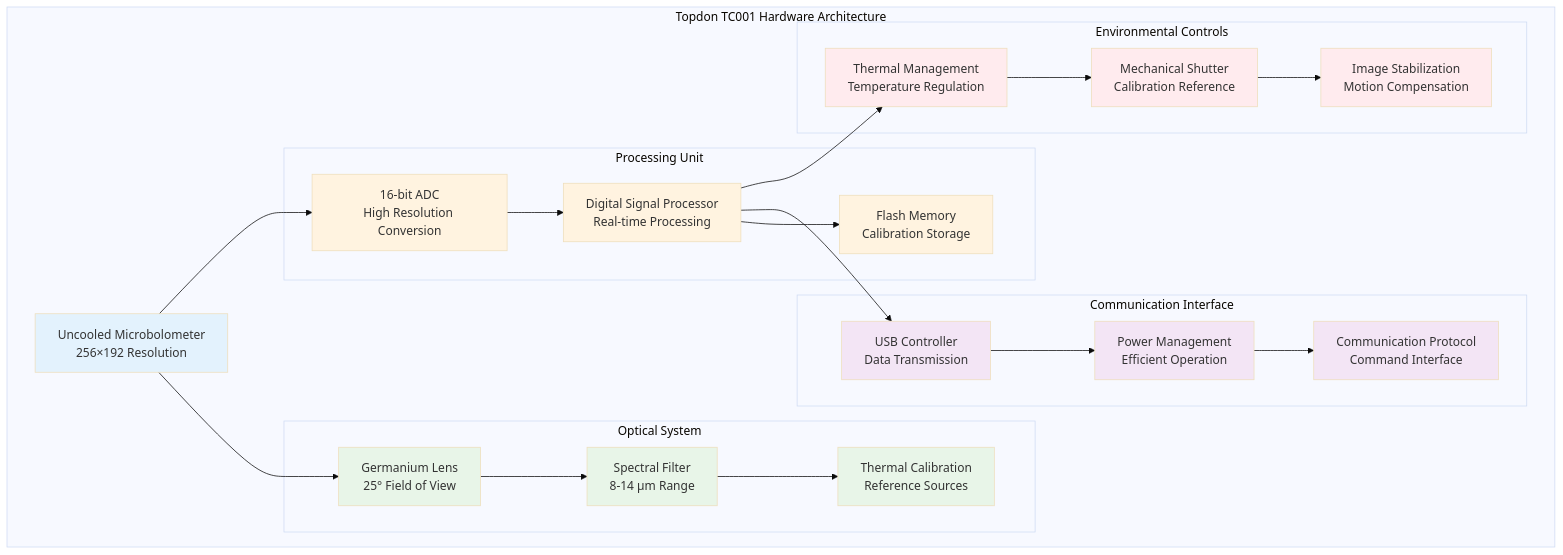
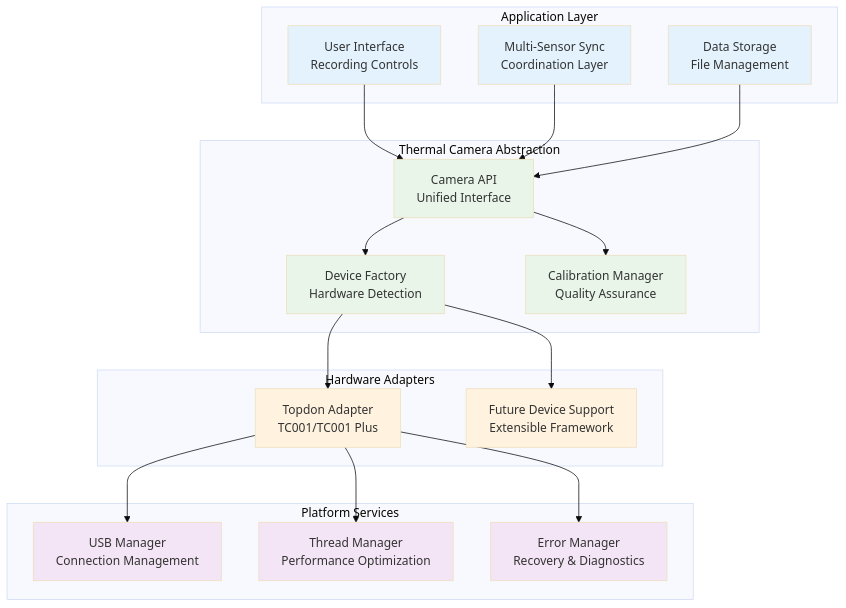
Before and after one commit to buccancs/fyp-multi-sensor-recording-system: the first of 2 diagrams in docs/technical/thermal-camera-integration.md, drawn with Mermaid (base theme). The commit also changed other lines of this file and 3 other files, not shown here.

````diff
--- a/docs/technical/thermal-camera-integration.md
+++ b/docs/technical/thermal-camera-integration.md
@@ -57,58 +47,49 @@
 ```mermaid
-graph TD
-    subgraph "Topdon TC001 Hardware Architecture"
-        SENSOR[Uncooled Microbolometer<br/>256×192 Resolution]
-        
-        subgraph "Optical System"
-            LENS[Germanium Lens<br/>25° Field of View]
-            FILTER[Spectral Filter<br/>8-14 μm Range]
-            CALIBRATION[Thermal Calibration<br/>Reference Sources]
-        end
-        
-        subgraph "Processing Unit"
-            ADC[16-bit ADC<br/>High Resolution Conversion]
-            DSP[Digital Signal Processor<br/>Real-time Processing]
-            MEMORY[Flash Memory<br/>Calibration Storage]
-        end
-        
-        subgraph "Communication Interface"
-            USB_CONTROLLER[USB Controller<br/>Data Transmission]
-            POWER_MGMT[Power Management<br/>Efficient Operation]
-            PROTOCOL[Communication Protocol<br/>Command Interface]
-        end
-        
-        subgraph "Environmental Controls"
-            THERMAL_MGMT[Thermal Management<br/>Temperature Regulation]
-            SHUTTER[Mechanical Shutter<br/>Calibration Reference]
-            STABILIZATION[Image Stabilization<br/>Motion Compensation]
-        end
+graph TB
+    subgraph "Application Layer"
+        UI[User Interface<br/>Recording Controls]
+        SYNC[Multi-Sensor Sync<br/>Coordination Layer]
+        STORAGE[Data Storage<br/>File Management]
     end
     
-    SENSOR --> LENS
-    LENS --> FILTER
-    FILTER --> CALIBRATION
+    subgraph "Thermal Camera Abstraction"
+        CAMERA_API[Camera API<br/>Unified Interface]
+        DEVICE_FACTORY[Device Factory<br/>Hardware Detection]
+        CALIBRATION[Calibration Manager<br/>Quality Assurance]
+    end
     
-    SENSOR --> ADC
-    ADC --> DSP
-    DSP --> MEMORY
+    subgraph "Hardware Adapters"
+        TOPDON[Topdon Adapter<br/>TC001/TC001 Plus]
+        FUTURE[Future Device Support<br/>Extensible Framework]
+    end
     
-    DSP --> USB_CONTROLLER
-    USB_CONTROLLER --> POWER_MGMT
-    POWER_MGMT --> PROTOCOL
+    subgraph "Platform Services"
+        USB_MGR[USB Manager<br/>Connection Management]
+        THREAD_MGR[Thread Manager<br/>Performance Optimization]
+        ERROR_MGR[Error Manager<br/>Recovery & Diagnostics]
+    end
     
-    DSP --> THERMAL_MGMT
-    THERMAL_MGMT --> SHUTTER
-    SHUTTER --> STABILIZATION
+    UI --> CAMERA_API
+    SYNC --> CAMERA_API
+    STORAGE --> CAMERA_API
     
-    classDef sensorClass fill:#e3f2fd
-    classDef opticalClass fill:#e8f5e8
-    classDef processingClass fill:#fff3e0
-    classDef commClass fill:#f3e5f5
-    classDef envClass fill:#ffebee
+    CAMERA_API --> DEVICE_FACTORY
+    CAMERA_API --> CALIBRATION
     
-    class SENSOR sensorClass
-    class LENS,FILTER,CALIBRATION opticalClass
-    class ADC,DSP,MEMORY processingClass
-    class USB_CONTROLLER,POWER_MGMT,PROTOCOL commClass
-    class THERMAL_MGMT,SHUTTER,STABILIZATION envClass
+    DEVICE_FACTORY --> TOPDON
+    DEVICE_FACTORY --> FUTURE
+    
+    TOPDON --> USB_MGR
+    TOPDON --> THREAD_MGR
+    TOPDON --> ERROR_MGR
+    
+    classDef appClass fill:#e3f2fd
+    classDef abstractionClass fill:#e8f5e8
+    classDef adapterClass fill:#fff3e0
+    classDef platformClass fill:#f3e5f5
+    
+    class UI,SYNC,STORAGE appClass
+    class CAMERA_API,DEVICE_FACTORY,CALIBRATION abstractionClass
+    class TOPDON,FUTURE adapterClass
+    class USB_MGR,THREAD_MGR,ERROR_MGR platformClass
 ```
````
